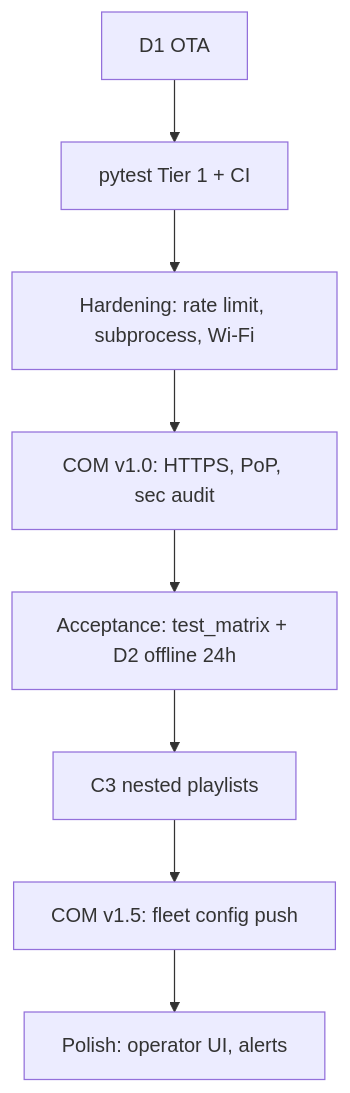
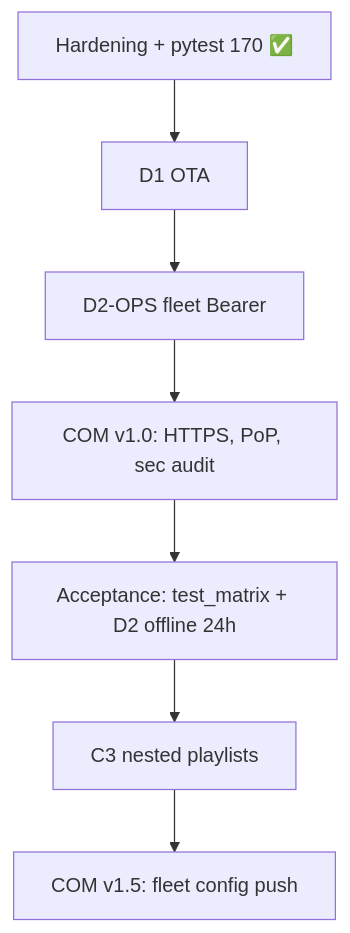
One commit to kirpodolak/dsign changed the diagram in docs/dsign_backlog.md. Above: the diagram before and after it, drawn with Mermaid. The commit also changed other lines of this file, not shown here.

````diff
--- a/docs/dsign_backlog.md
+++ b/docs/dsign_backlog.md
@@ -56,10 +58,9 @@
 ```mermaid
 flowchart TD
-  D1[D1 OTA] --> T1[pytest Tier 1 + CI]
-  T1 --> H1[Hardening: rate limit, subprocess, Wi-Fi]
-  H1 --> COM[COM v1.0: HTTPS, PoP, sec audit]
+  DONE[Hardening + pytest 170 ✅] --> D1[D1 OTA]
+  D1 --> OPS[D2-OPS fleet Bearer]
+  OPS --> COM[COM v1.0: HTTPS, PoP, sec audit]
   COM --> ACC[Acceptance: test_matrix + D2 offline 24h]
   ACC --> C3[C3 nested playlists]
   C3 --> V15[COM v1.5: fleet config push]
-  V15 --> P2[Polish: operator UI, alerts]
 ```
````
